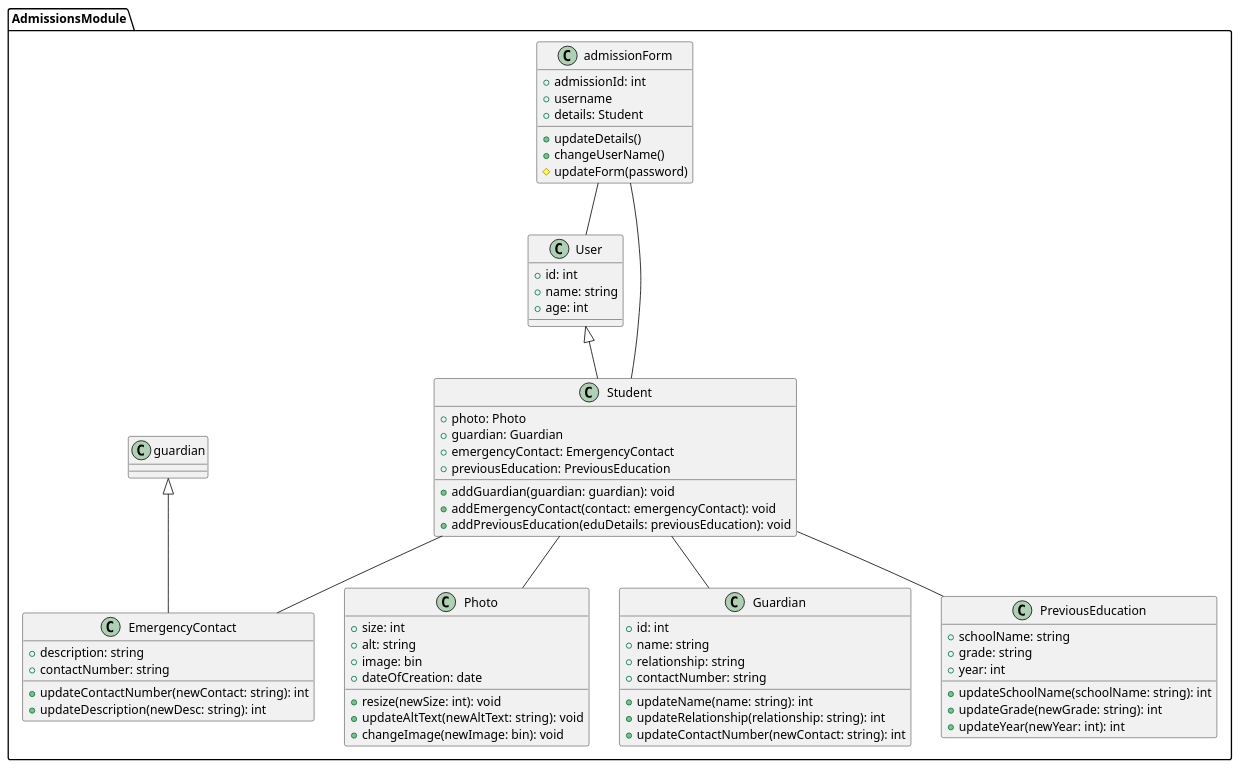
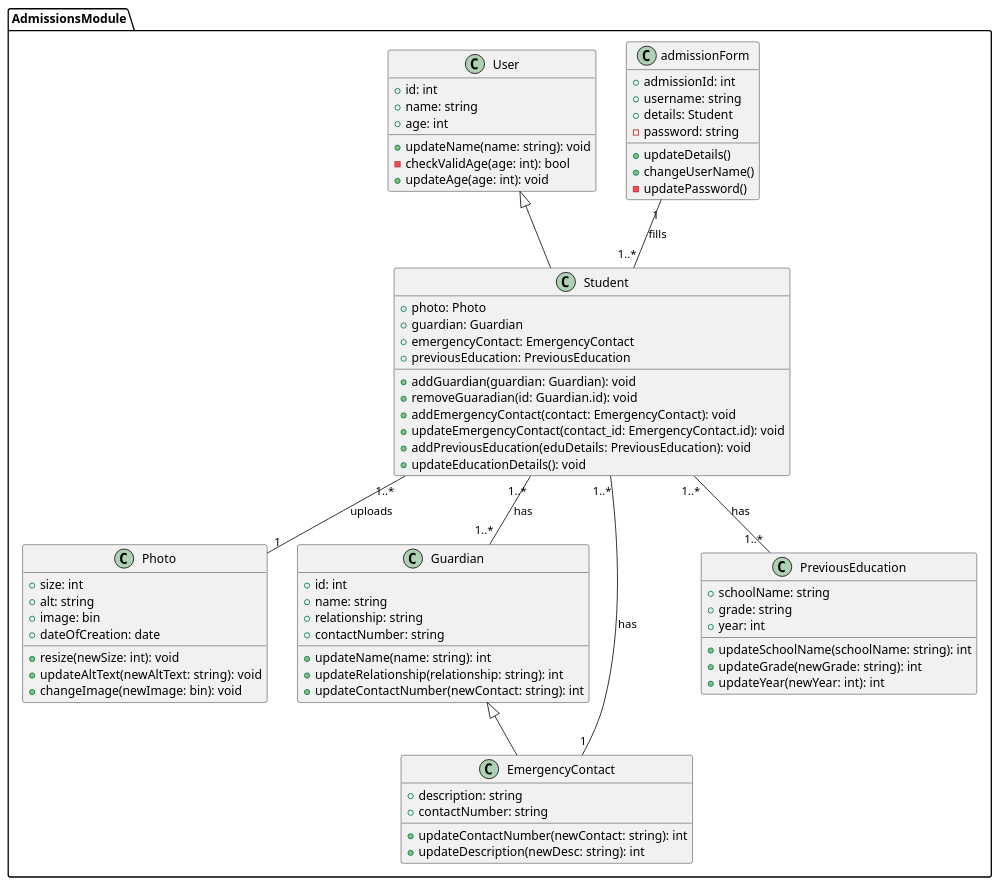
One commit to anshium/DASS-Assignment-3-IMS-System-Design changed the diagram in admissions.plantuml. Above: the diagram before and after it, drawn with PlantUML. The commit also changed 2 other files, not shown here.

Commit message:
update admissions class diagram

```diff
--- a/admissions.plantuml
+++ b/admissions.plantuml
@@ -1,77 +1,83 @@
 @startuml admissions
 package AdmissionsModule {
 	class admissionForm {
 		+ admissionId: int
-		+ username
+		+ username: string
 		+ details: Student
+		- password: string
 
 		+ updateDetails()
 		+ changeUserName()
-		' See this
-		# updateForm(password)
+		- updatePassword()
 	}
 
 	class User {
 		+ id: int
 		+ name: string
 		+ age: int
+
+		+ updateName(name: string): void
+		- checkValidAge(age: int): bool
+		+ updateAge(age: int): void
 	}
 
-	class Student extends User{
+	class Student extends User {
 		+ photo: Photo
 		+ guardian: Guardian
 		+ emergencyContact: EmergencyContact
 		+ previousEducation: PreviousEducation
 
-		+ addGuardian(guardian: guardian): void
-		+ addEmergencyContact(contact: emergencyContact): void
-		+ addPreviousEducation(eduDetails: previousEducation): void
+		+ addGuardian(guardian: Guardian): void
+		+ removeGuaradian(id: Guardian.id): void
+		+ addEmergencyContact(contact: EmergencyContact): void
+		+ updateEmergencyContact(contact_id: EmergencyContact.id): void
+		+ addPreviousEducation(eduDetails: PreviousEducation): void
+		+ updateEducationDetails(): void
 	}
 
 	class Photo {
 		+ size: int
 		+ alt: string
 		+ image: bin
 		+ dateOfCreation: date
 		+ resize(newSize: int): void
 		+ updateAltText(newAltText: string): void
 		+ changeImage(newImage: bin): void
 	}
 
 	class Guardian {
 		+ id: int
 		+ name: string
 		+ relationship: string
 		+ contactNumber: string
 
 		+ updateName(name: string): int
 		+ updateRelationship(relationship: string): int
 		+ updateContactNumber(newContact: string): int
 	}
 
-	class EmergencyContact extends guardian{
+	class EmergencyContact extends Guardian{
 		+ description: string
 		+ contactNumber: string
 
 		+ updateContactNumber(newContact: string): int
 		+ updateDescription(newDesc: string): int
 	}
 
 	class PreviousEducation {
 		+ schoolName: string
 		+ grade: string
 		+ year: int
 		
 		+ updateSchoolName(schoolName: string): int
 		+ updateGrade(newGrade: string): int
 		+ updateYear(newYear: int): int
 	}
 
-	admissionForm -- User
-	admissionForm -- Student
-	Student -- Photo
-	Student -- Guardian
-	Student -- EmergencyContact
-	Student -- PreviousEducation
+	admissionForm "1" -- "1..*" Student: "fills"
+	Student "1..*" -- "1" Photo : uploads
+	Student "1..*" -- "1..*" Guardian: has
+	Student "1..*" -- "1" EmergencyContact: has
+	Student "1..*" -- "1..*" PreviousEducation: has
 }
 @enduml
```
